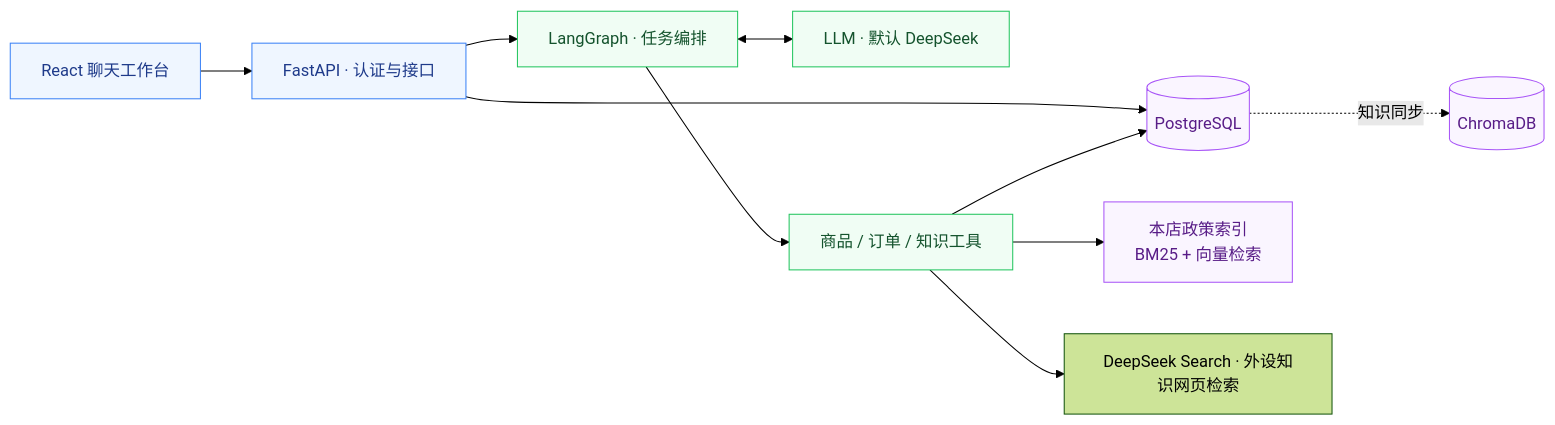
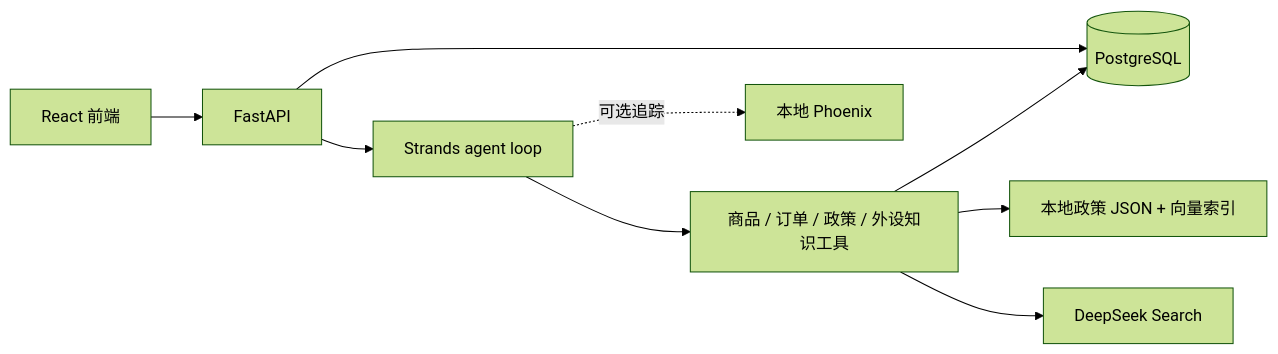
Before and after one commit to Laleylaa/pc-ecommerce-agent: the diagram in README.md, drawn with Mermaid (forest theme). The commit also changed other lines of this file and 50 other files, not shown here.

````diff
--- a/README.md
+++ b/README.md
@@ -52,19 +18,11 @@
 ```mermaid
 flowchart LR
-    UI["React 聊天工作台"] --> API["FastAPI · 认证与接口"]
-    API --> Agent["LangGraph · 任务编排"]
-    Agent <--> LLM["LLM · 默认 DeepSeek"]
-    Agent --> Tools["商品 / 订单 / 知识工具"]
+    UI[React 前端] --> API[FastAPI]
+    API --> Loop[Strands agent loop]
+    Loop --> Tools[商品 / 订单 / 政策 / 外设知识工具]
     API --> DB[(PostgreSQL)]
     Tools --> DB
-    Tools --> Index["本店政策索引<br/>BM25 + 向量检索"]
-    Tools --> Web["DeepSeek Search · 外设知识网页检索"]
-    DB -. 知识同步 .-> Chroma[(ChromaDB)]
-
-    classDef entry fill:#eff6ff,stroke:#3b82f6,color:#1e3a8a
-    classDef agent fill:#f0fdf4,stroke:#22c55e,color:#14532d
-    classDef data fill:#faf5ff,stroke:#a855f7,color:#581c87
-    class UI,API entry
-    class Agent,LLM,Tools agent
-    class DB,Index,Chroma data
+    Tools --> Policy[本地政策 JSON + 向量索引]
+    Tools --> Search[DeepSeek Search]
+    Loop -. 可选追踪 .-> Phoenix[本地 Phoenix]
 ```
````
